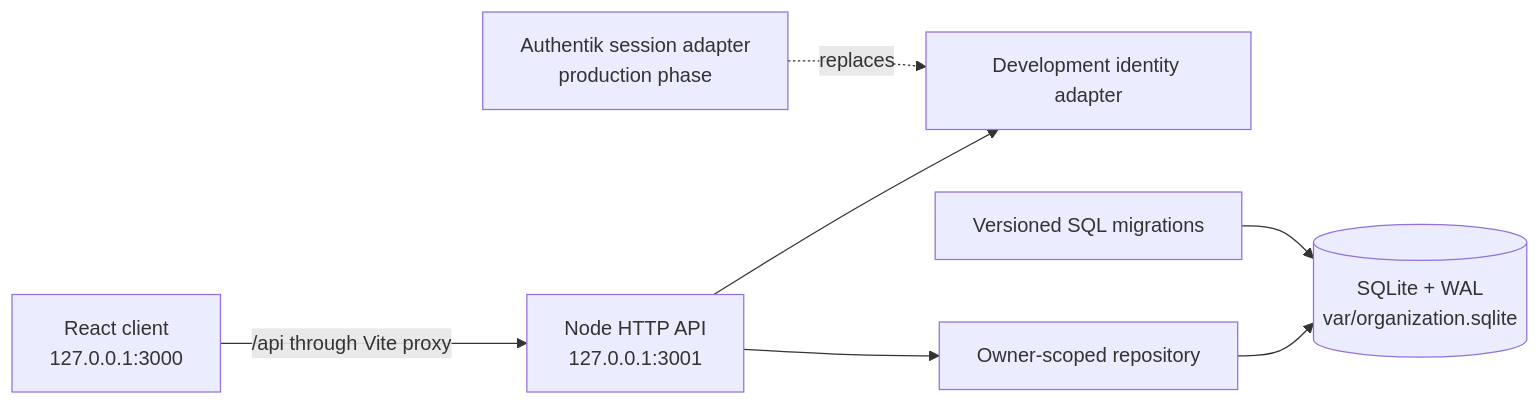
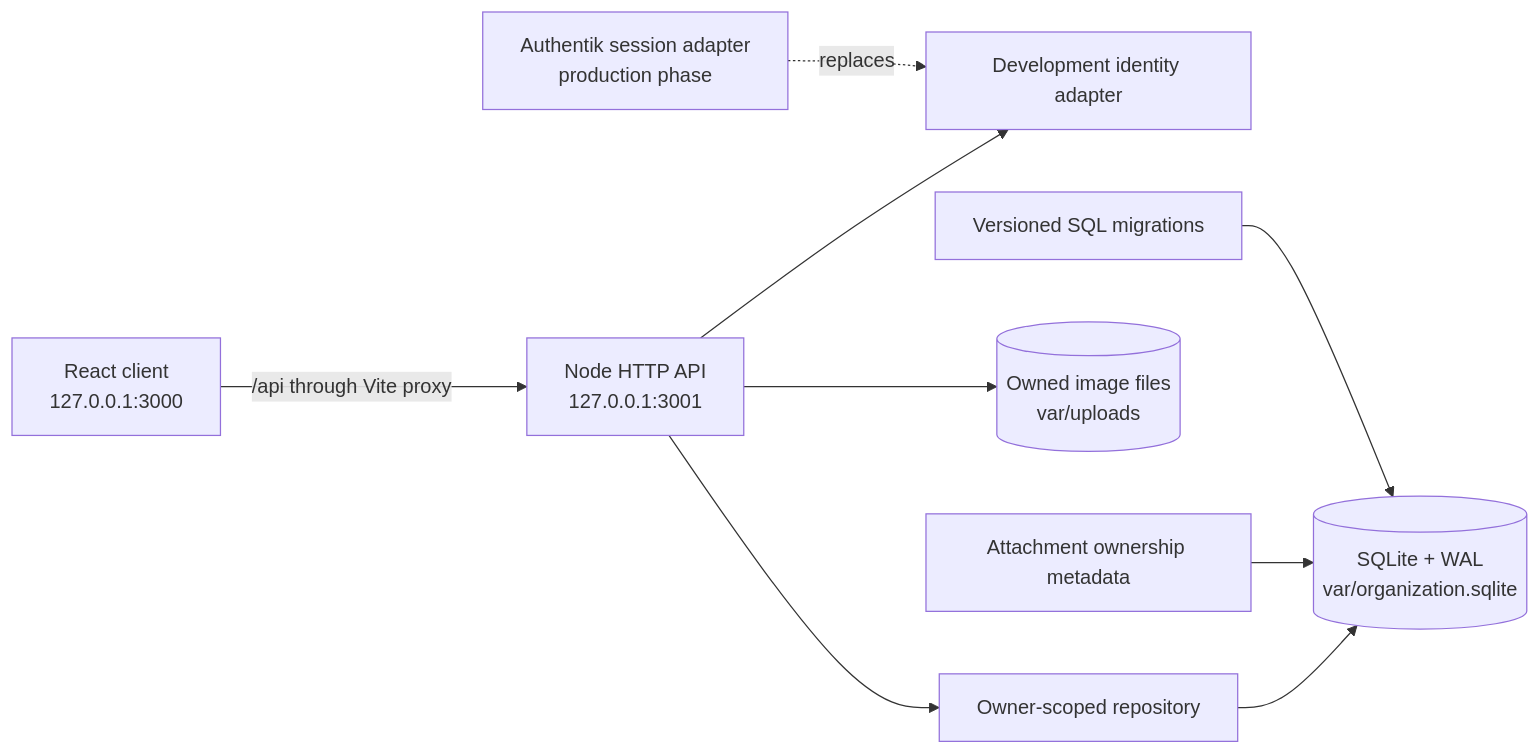
The diagram in README.md (rgs2151/organization), drawn with Mermaid before and after one commit. The commit also changed other lines of this file and 17 other files, not shown here.

````diff
--- a/README.md
+++ b/README.md
@@ -20,9 +21,11 @@
 ```mermaid
 flowchart LR
     Browser["React client\n127.0.0.1:3000"] -->|"/api through Vite proxy"| API["Node HTTP API\n127.0.0.1:3001"]
     API --> Identity["Development identity adapter"]
     API --> Repository["Owner-scoped repository"]
     Repository --> SQLite[("SQLite + WAL\nvar/organization.sqlite")]
+    API --> Media[("Owned image files\nvar/uploads")]
+    MediaMeta["Attachment ownership metadata"] --> SQLite
     Migrations["Versioned SQL migrations"] --> SQLite
     Authentik["Authentik session adapter\nproduction phase"] -. replaces .-> Identity
 ```
````
